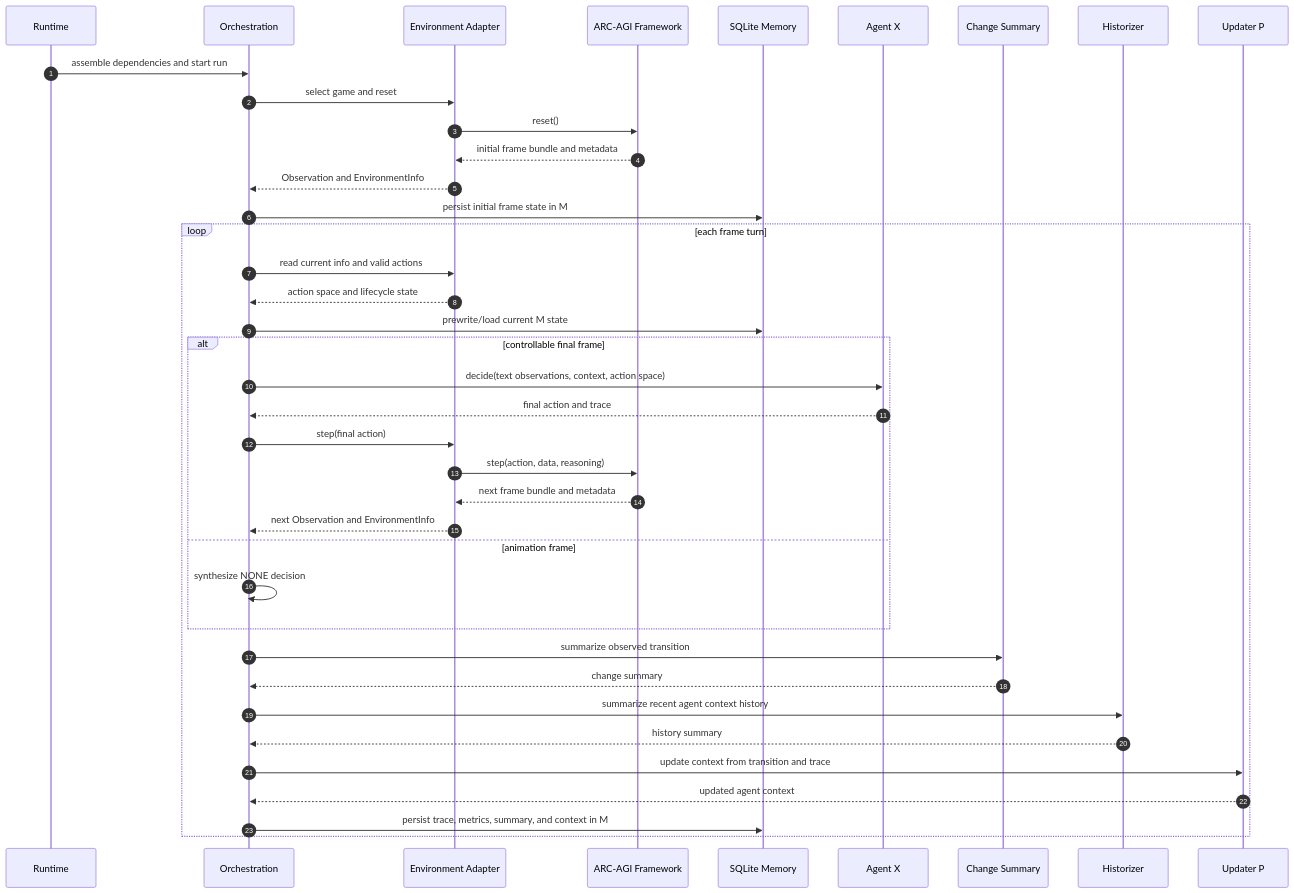
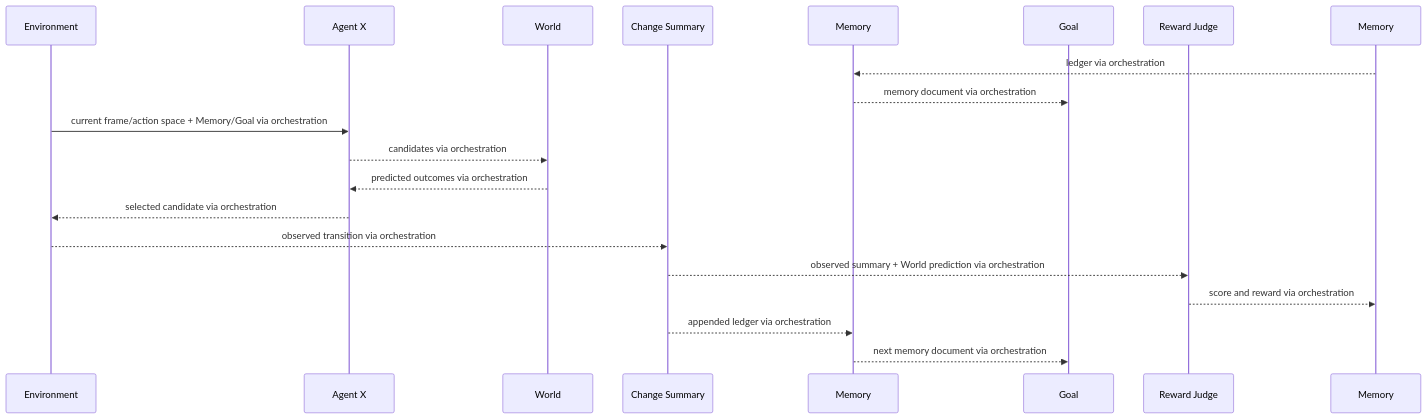
One commit to cocomette/artificial-agency changed the second of 2 diagrams in doc/architecture/software/diagrams.md. Above: the diagram before and after it, drawn with Mermaid. The commit also changed other lines of this file and 269 other files, not shown here.

Commit message:
Port origin/feat/world-goal-agent snapshot

````diff
--- a/doc/architecture/software/diagrams.md
+++ b/doc/architecture/software/diagrams.md
@@ -43,43 +19,22 @@
 ```mermaid
 sequenceDiagram
-    autonumber
-    participant Runtime
-    participant Orch as Orchestration
-    participant Env as Environment Adapter
-    participant ARC as ARC-AGI Framework
-    participant Mem as SQLite Memory
+    participant Env as Environment
     participant X as Agent X
+    participant W as World
     participant C as Change Summary
-    participant H as Historizer
-    participant P as Updater P
-
-    Runtime->>Orch: assemble dependencies and start run
-    Orch->>Env: select game and reset
-    Env->>ARC: reset()
-    ARC-->>Env: initial frame bundle and metadata
-    Env-->>Orch: Observation and EnvironmentInfo
-    Orch->>Mem: persist initial frame state in M
-
-    loop each frame turn
-        Orch->>Env: read current info and valid actions
-        Env-->>Orch: action space and lifecycle state
-        Orch->>Mem: prewrite/load current M state
-        alt controllable final frame
-            Orch->>X: decide(text observations, context, action space)
-            X-->>Orch: final action and trace
-            Orch->>Env: step(final action)
-            Env->>ARC: step(action, data, reasoning)
-            ARC-->>Env: next frame bundle and metadata
-            Env-->>Orch: next Observation and EnvironmentInfo
-        else animation frame
-            Orch->>Orch: synthesize NONE decision
-        end
-        Orch->>C: summarize observed transition
-        C-->>Orch: change summary
-        Orch->>H: summarize recent agent context history
-        H-->>Orch: history summary
-        Orch->>P: update context from transition and trace
-        P-->>Orch: updated agent context
-        Orch->>Mem: persist trace, metrics, summary, and context in M
-    end
+    participant MemRole as Memory
+    participant G as Goal
+    participant J as Reward Judge
+    participant M as Memory
+    M-->>MemRole: ledger via orchestration
+    MemRole-->>G: memory document via orchestration
+    Env->>X: current frame/action space + Memory/Goal via orchestration
+    X-->>W: candidates via orchestration
+    W-->>X: predicted outcomes via orchestration
+    X-->>Env: selected candidate via orchestration
+    Env-->>C: observed transition via orchestration
+    C-->>J: observed summary + World prediction via orchestration
+    J-->>M: score and reward via orchestration
+    C-->>MemRole: appended ledger via orchestration
+    MemRole-->>G: next memory document via orchestration
 ```
````
